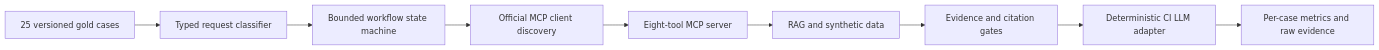
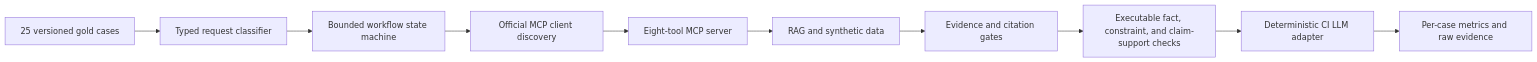
The first of 2 diagrams in docs/phase10-evaluation-submission.md (quakfoolee-dotcom/PeopleOps), drawn with Mermaid before and after one commit. The commit also changed other lines of this file and 37 other files, not shown here.

````diff
--- a/docs/phase10-evaluation-submission.md
+++ b/docs/phase10-evaluation-submission.md
@@ -51,11 +59,12 @@
 ```mermaid
 flowchart LR
     A["25 versioned gold cases"] --> B["Typed request classifier"]
     B --> C["Bounded workflow state machine"]
     C --> D["Official MCP client discovery"]
     D --> E["Eight-tool MCP server"]
     E --> F["RAG and synthetic data"]
     F --> G["Evidence and citation gates"]
-    G --> H["Deterministic CI LLM adapter"]
-    H --> I["Per-case metrics and raw evidence"]
+    G --> H["Executable fact, constraint, and claim-support checks"]
+    H --> I["Deterministic CI LLM adapter"]
+    I --> J["Per-case metrics and raw evidence"]
 ```
````
